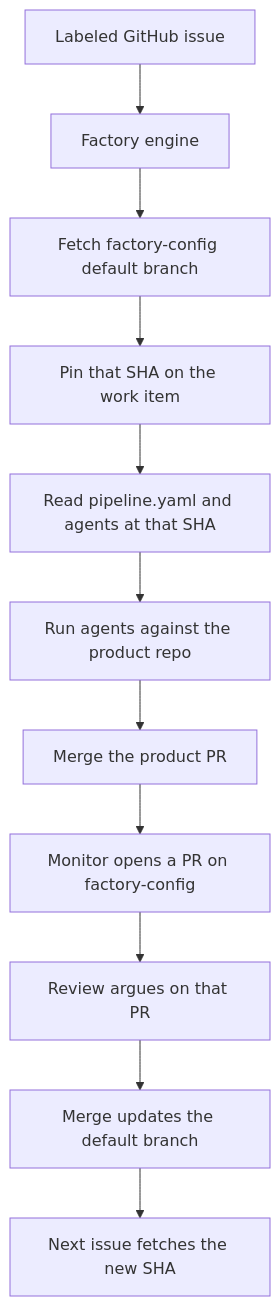
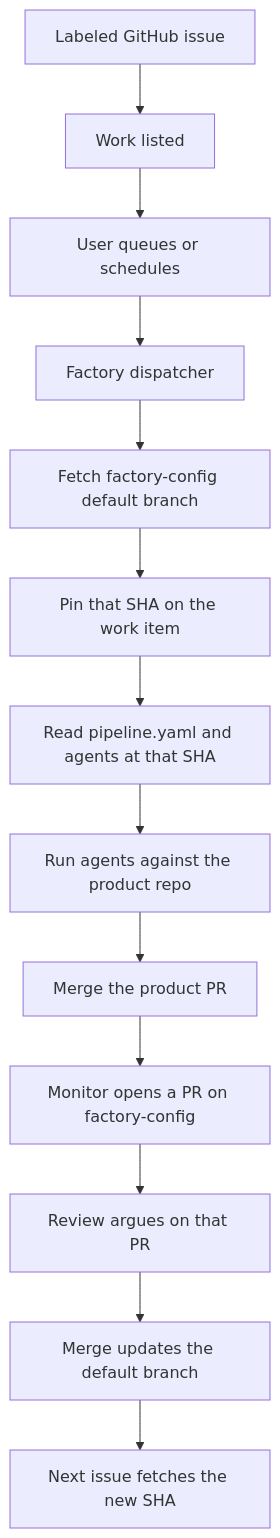
The diagram in README.md (akoskm/factory), drawn with Mermaid before and after one commit. The commit also changed other lines of this file and 23 other files, not shown here.

First line of the commit message:
feat(queue): list labeled issues, queue manually

````diff
--- a/README.md
+++ b/README.md
@@ -7,13 +7,15 @@
 ```mermaid
 flowchart TD
-  issue[Labeled GitHub issue] --> engine[Factory engine]
+  issue[Labeled GitHub issue] --> listed[Work listed]
+  listed --> queue[User queues or schedules]
+  queue --> engine[Factory dispatcher]
   engine --> fetch[Fetch factory-config default branch]
   fetch --> pin[Pin that SHA on the work item]
   pin --> read[Read pipeline.yaml and agents at that SHA]
   read --> loop[Run agents against the product repo]
   loop --> productPr[Merge the product PR]
   productPr --> learn[Monitor opens a PR on factory-config]
   learn --> argue[Review argues on that PR]
   argue --> merged[Merge updates the default branch]
   merged --> next[Next issue fetches the new SHA]
 ```
````
